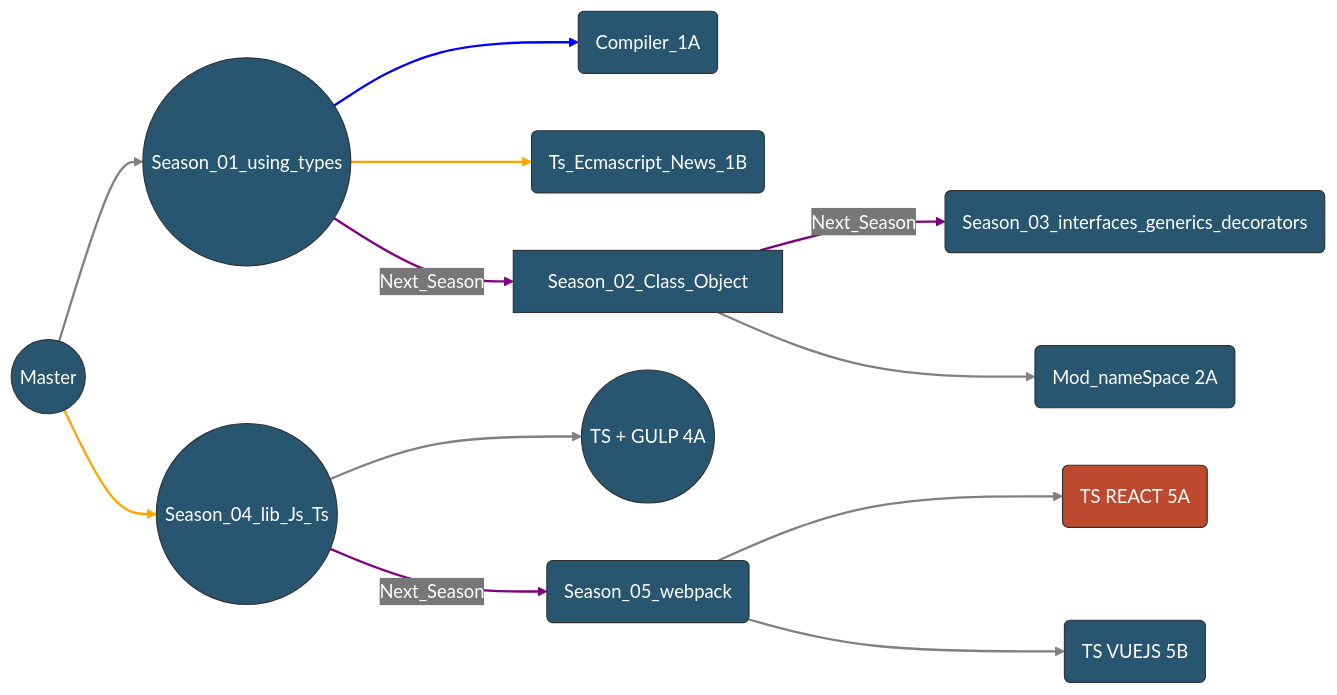
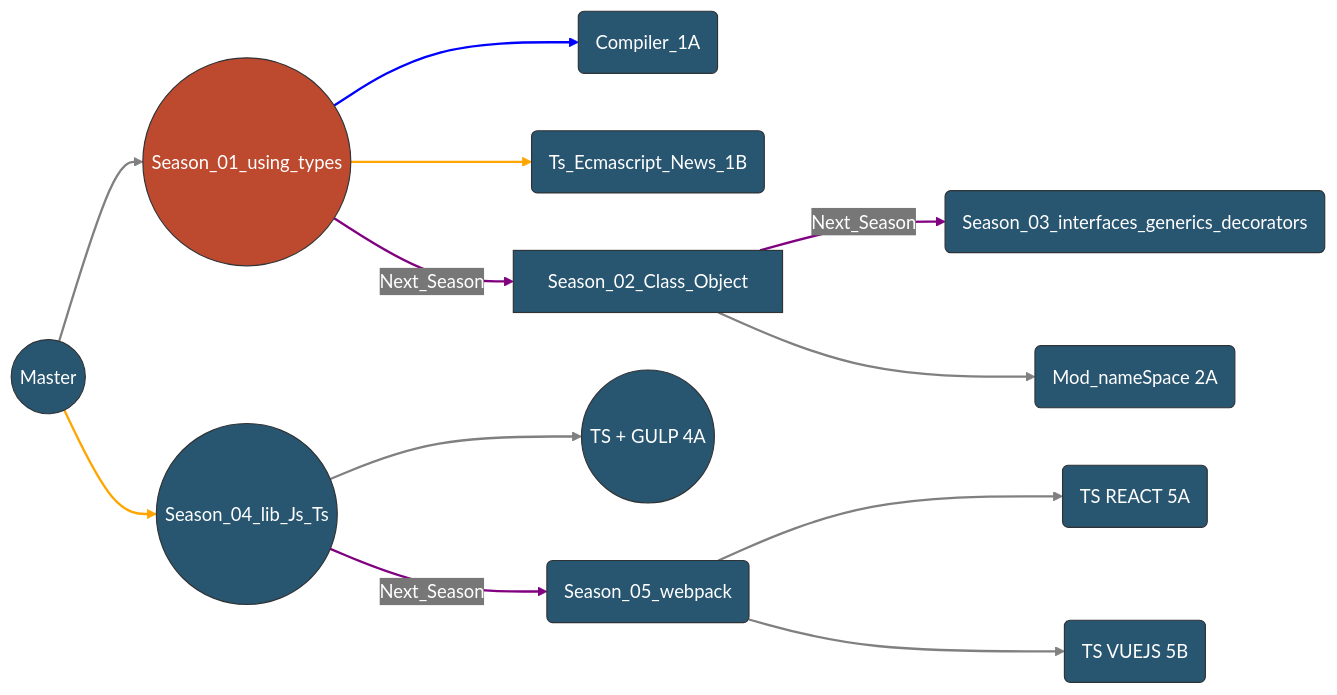
Before and after one commit to TeoNogueira/TypeScript-2022: the second of 2 diagrams in readme.md, drawn with Mermaid.

Commit message:
Map color
Map color

````diff
--- a/readme.md
+++ b/readme.md
@@ -67,51 +67,51 @@
   ```mermaid
 
 %%{init: {'theme': 'base', 'themeVariables': { 'primaryColor': '#285570', 'edgeLabelBackground':'#777777', 'tertiaryColor': '#285570', 'primaryTextColor': 'white', 'lineColor': '#D4EFDF'}}}%%
 
 flowchart LR;
 
- 5A:::someclass
+ 1:::someclass
     classDef someclass fill:#bd492e;
     
 1(Season_01) --> 1A(Compiler_1A) 
 1(Season_01) --> 1B(Ts_Ecmascript_News_1B) 
 A((Master)) --> 1((Season_01_using_types)) -->|Next_Season| 2((S_02)) --> |Next_Season| 3((S_03))
 2[Season_02_Class_Object]--> 2A(Mod_nameSpace 2A)
 
 3(Season_03_interfaces_generics_decorators) 
 4((Season_04_lib_Js_Ts)) --> 4A((TS + GULP 4A))
 A((Master)) --> 4((Season_04_lib_Js_Ts)) -->|Next_Season|5(S_05)
 
 
 5(Season_05) --> 5A(TS REACT 5A) 
 5(Season_05_webpack) --> 5B(TS VUEJS 5B)
 
 
 
      linkStyle 0 stroke-width:2px,fill:none,stroke:blue;
         linkStyle 1 stroke-width:2px,fill:none,stroke:orange;
         linkStyle 2 stroke-width:2px,fill:none,stroke:gray;
         linkStyle 3 stroke-width:2px,fill:none,stroke:purple;
         linkStyle 4 stroke-width:2px,fill:none,stroke:purple;
           linkStyle 5 stroke-width:2px,fill:none,stroke:gray;
           linkStyle 6 stroke-width:2px,fill:none,stroke:gray;
           linkStyle 7 stroke-width:2px,fill:none,stroke:orange;
           linkStyle 8 stroke-width:2px,fill:none,stroke:purple;
           linkStyle 9 stroke-width:2px,fill:none,stroke:gray;
           linkStyle 10 stroke-width:2px,fill:none,stroke:gray;
 
 
 click A "https://github.com/TeoNogueira/TypeScript-2022/tree/master"
 click 1 "https://github.com/TeoNogueira/TypeScript-2022/tree/season_01"
 click 1A "https://github.com/TeoNogueira/TypeScript-2022/tree/season_01_compiler"
 click 1B "https://github.com/TeoNogueira/TypeScript-2022/tree/season_01_b"
 click 2 "https://github.com/TeoNogueira/TypeScript-2022/tree/season_02"
 click 2A "https://github.com/TeoNogueira/TypeScript-2022/tree/season_02_b"
 click 3 "https://github.com/TeoNogueira/TypeScript-2022/tree/season_03"
 click 4 "https://github.com/TeoNogueira/TypeScript-2022/tree/season_04"
 click 4A "https://github.com/TeoNogueira/TypeScript-2022/tree/season_04_a"
 click 5 "https://github.com/TeoNogueira/TypeScript-2022/tree/season_05"
 click 5A "https://github.com/TeoNogueira/TypeScript-2022/tree/ts_react"
 click 5B "https://github.com/TeoNogueira/TypeScript-2022/tree/ts_vueJs"
 
  ```
````
